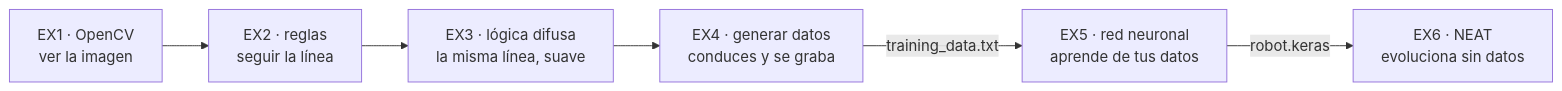
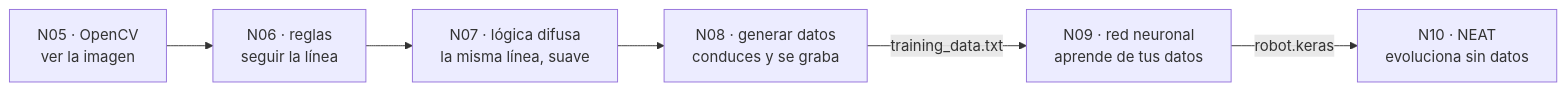
The diagram in docs/UD04/UD04_Entregas.md (martinezpenya/ModelosIA), drawn with Mermaid before and after one commit. The commit also changed other lines of this file and 68 other files, not shown here.

````diff
--- a/docs/UD04/UD04_Entregas.md
+++ b/docs/UD04/UD04_Entregas.md
@@ -25,8 +25,8 @@
     ```mermaid
     flowchart LR
-        A["EX1 · OpenCV<br/>ver la imagen"] --> B["EX2 · reglas<br/>seguir la línea"]
-        B --> C["EX3 · lógica difusa<br/>la misma línea, suave"]
-        C --> D["EX4 · generar datos<br/>conduces y se graba"]
-        D -->|training_data.txt| E["EX5 · red neuronal<br/>aprende de tus datos"]
-        E -->|robot.keras| F["EX6 · NEAT<br/>evoluciona sin datos"]
+        A["N05 · OpenCV<br/>ver la imagen"] --> B["N06 · reglas<br/>seguir la línea"]
+        B --> C["N07 · lógica difusa<br/>la misma línea, suave"]
+        C --> D["N08 · generar datos<br/>conduces y se graba"]
+        D -->|training_data.txt| E["N09 · red neuronal<br/>aprende de tus datos"]
+        E -->|robot.keras| F["N10 · NEAT<br/>evoluciona sin datos"]
     ```
````
